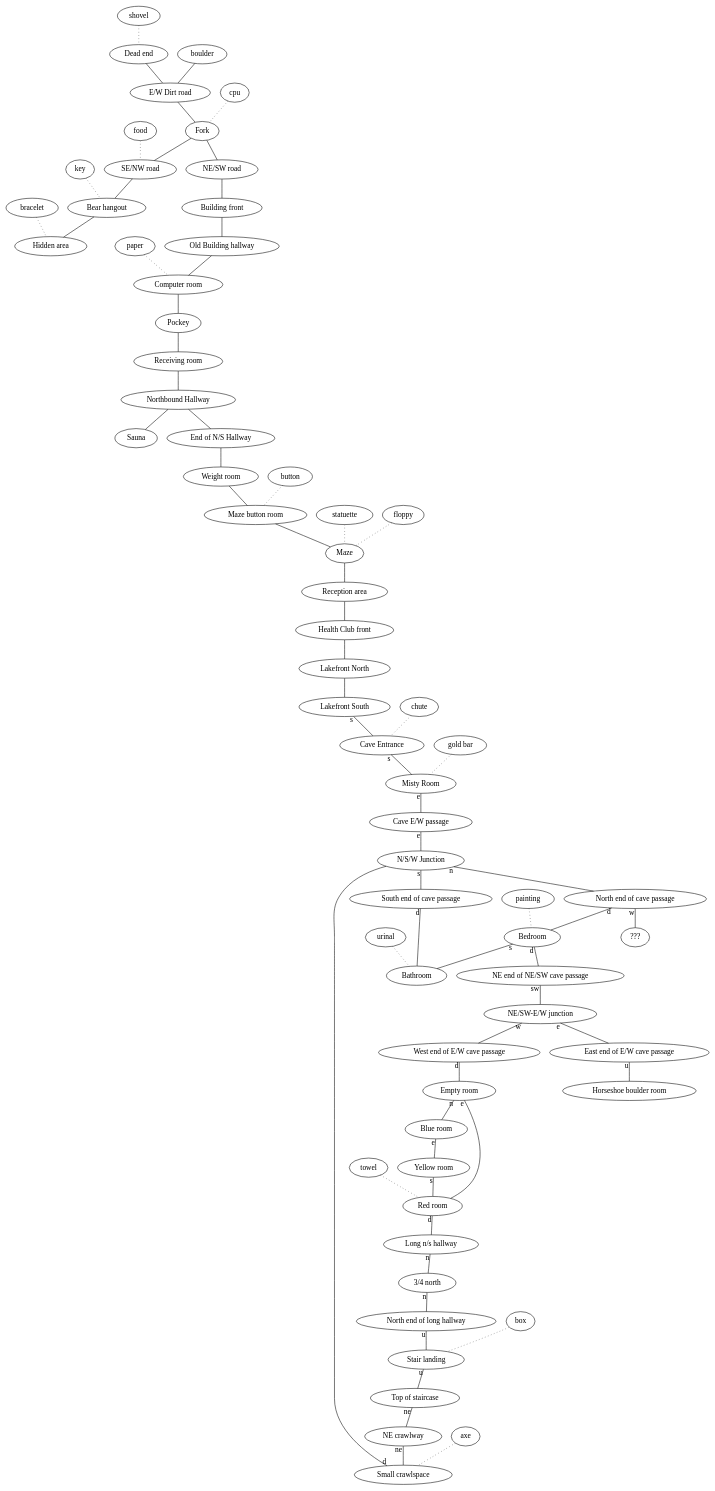
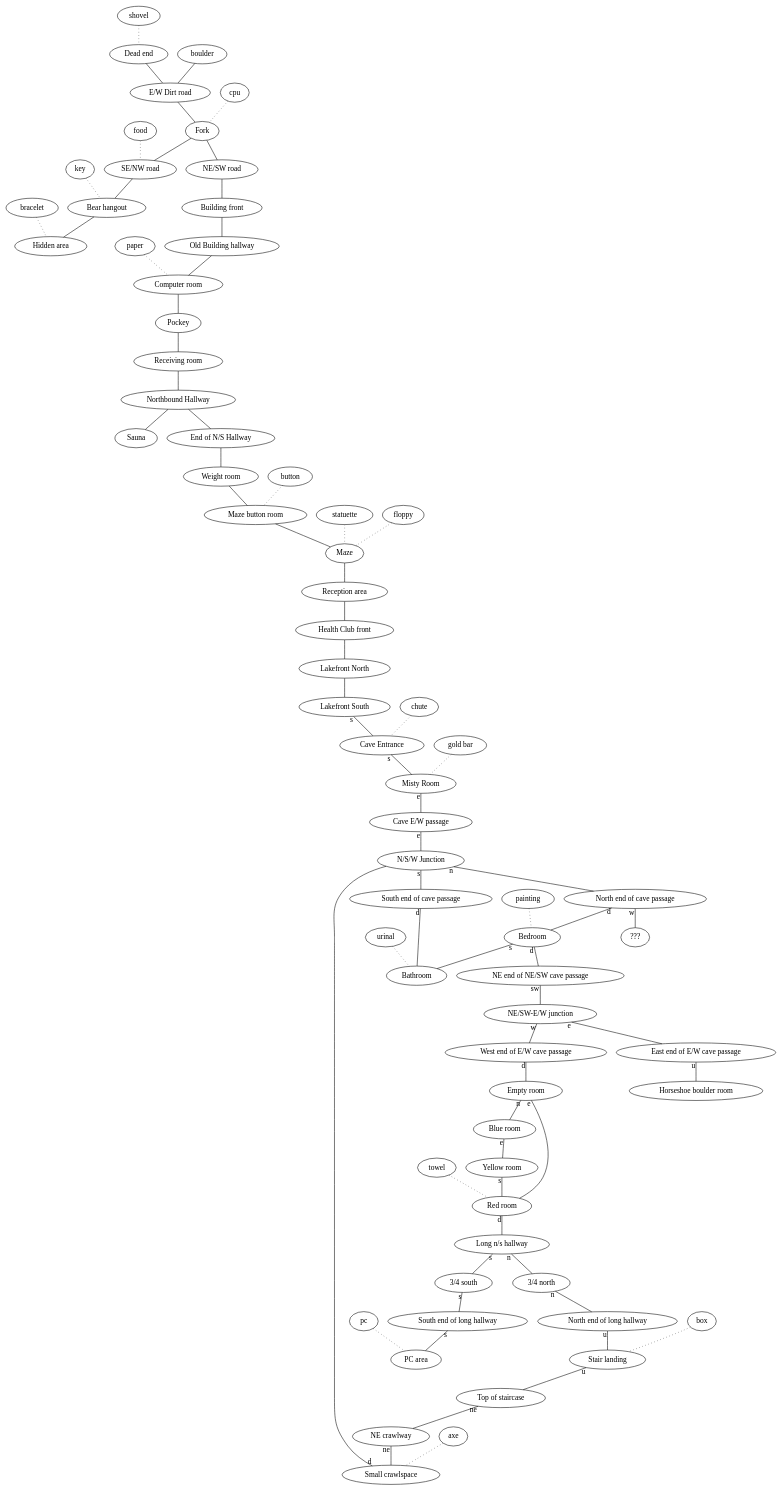
The diagram in dunnet.org (alvarogonzalezsotillo/.emacs.d), drawn with Graphviz before and after one commit. The commit also changed other lines of this file and 1 other file, not shown here.

```diff
--- a/dunnet.org
+++ b/dunnet.org
@@ -2,81 +2,78 @@
 #+BEGIN_SRC dot :file ./dunnet.svg :exports results :cmd dot :cmdline -Tsvg
 digraph{
 
   edge[arrowhead="none"]
 
   "shovel" -> "Dead end" [style="dotted"]
   "Dead end" -> "E/W Dirt road"
   "boulder" -> "E/W Dirt road"
   "E/W Dirt road" -> "Fork"
   "cpu" -> "Fork" [style="dotted"]
   "Fork" -> "SE/NW road"
   "food" -> "SE/NW road" [style="dotted"]
   "SE/NW road" -> "Bear hangout"
   "key" -> "Bear hangout" [style="dotted"]
   "Bear hangout" -> "Hidden area"
   "bracelet" -> "Hidden area" [style="dotted"]
   "Fork" -> "NE/SW road"
   "NE/SW road" -> "Building front"
   "Building front" -> "Old Building hallway"
   "Old Building hallway" -> "Computer room"
   "paper" -> "Computer room" [style="dotted"]
   "Computer room" -> "Pockey"
   "Pockey" -> "Receiving room"
   "Receiving room" -> "Northbound Hallway"
   "Northbound Hallway" -> "Sauna"
   "Northbound Hallway" -> "End of N/S Hallway"
   "End of N/S Hallway" -> "Weight room"
   "Weight room" -> "Maze button room"
   "button" -> "Maze button room" [style="dotted"]
   "Maze button room" -> "Maze"
   "statuette" -> "Maze" [style="dotted"]
   "floppy" -> "Maze" [style="dotted"]
   "Maze" -> "Reception area"
   "Reception area" -> "Health Club front"
   "Health Club front" -> "Lakefront North"
   "Lakefront North" -> "Lakefront South"
   "Lakefront South" -> "Cave Entrance" [taillabel="s"]
   "chute" -> "Cave Entrance" [style="dotted"]
   "Cave Entrance" -> "Misty Room" [taillabel="s"]
   "gold bar" -> "Misty Room" [style="dotted"] 
   "Misty Room" -> "Cave E/W passage" [taillabel="e"]
   "Cave E/W passage" -> "N/S/W Junction" [taillabel="e"]
   "N/S/W Junction" -> "North end of cave passage" [taillabel="n"]
   "N/S/W Junction" -> "South end of cave passage" [taillabel="s"]
   "South end of cave passage" -> "Bathroom" [taillabel="d"]
   "North end of cave passage" -> "Bedroom" [taillabel="d"]
   "North end of cave passage" -> "???" [taillabel="w"]
   "painting" -> "Bedroom" [style="dotted"]
   "Bedroom" -> "NE end of NE/SW cave passage" [taillabel="d"]
   "Bedroom" -> "Bathroom" [taillabel="s"]
   "urinal" -> "Bathroom" [style="dotted"]
   "NE end of NE/SW cave passage" -> "NE/SW-E/W junction" [taillabel="sw"]
   "NE/SW-E/W junction" -> "East end of E/W cave passage" [taillabel="e"]
   "East end of E/W cave passage" -> "Horseshoe boulder room" [taillabel="u"]
   "NE/SW-E/W junction" -> "West end of E/W cave passage" [taillabel="w"]
   "West end of E/W cave passage" -> "Empty room" [taillabel="d"]
   "Empty room" -> "Blue room" [taillabel="n"]
   "Empty room" -> "Red room" [taillabel="e"]
   "Blue room" -> "Yellow room" [taillabel="e"]
   "Yellow room" -> "Red room" [taillabel="s"]
   "towel" -> "Red room" [style="dotted"]
   "Red room" -> "Long n/s hallway" [taillabel="d"]
   "Long n/s hallway" -> "3/4 north" [taillabel="n"]
   "3/4 north" -> "North end of long hallway" [taillabel="n"]
   "North end of long hallway" -> "Stair landing" [taillabel="u"]
   "box" -> "Stair landing" [style="dotted"]
   "Stair landing" -> "Top of staircase" [taillabel="u"]
   "Top of staircase" -> "NE crawlway" [taillabel="ne"]
   "NE crawlway" -> "Small crawlspace" [taillabel="ne"]
   "axe" -> "Small crawlspace" [style="dotted"]
   "Small crawlspace" -> "N/S/W Junction" [taillabel="d"]
-
-
-  
-
-
-
-  
+  "Long n/s hallway" -> "3/4 south" [taillabel="s"]
+  "3/4 south" -> "South end of long hallway"[taillabel="s"]
+  "South end of long hallway" -> "PC area" [taillabel="s"]  
+  "pc" -> "PC area" [style="dotted"]
 }
 
 #+END_SRC
```
